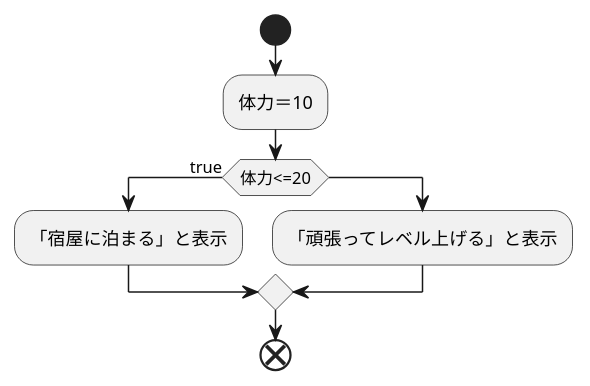
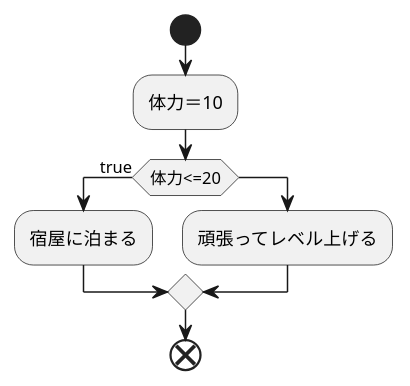
Before and after one commit to Aso2001161/2021sys-design: the diagram in kadai.md, drawn with PlantUML.

````diff
--- a/kadai.md
+++ b/kadai.md
@@ -1,14 +1,14 @@
 ```uml
 @startuml
 start
 :体力＝10;
 
 if(体力<=20) then(true)
-:「宿屋に泊まる」と表示;
+:宿屋に泊まる;
 else
-:「頑張ってレベル上げる」と表示;
+:頑張ってレベル上げる;
 endif
 
 end
 @enduml
 ```
````
